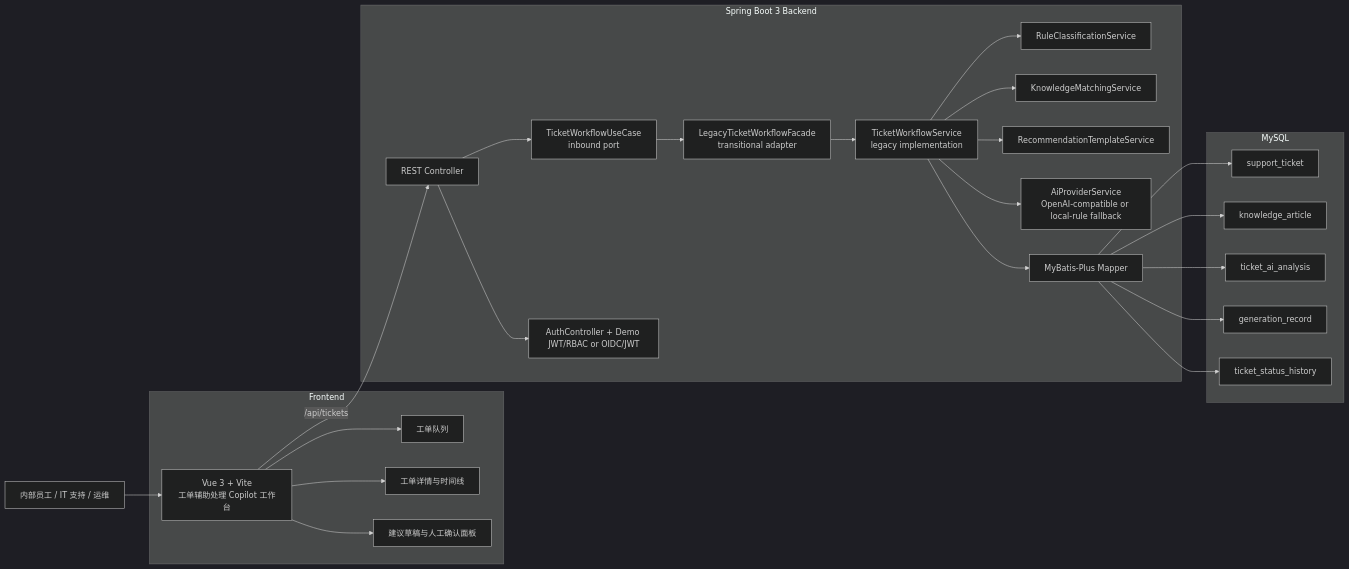
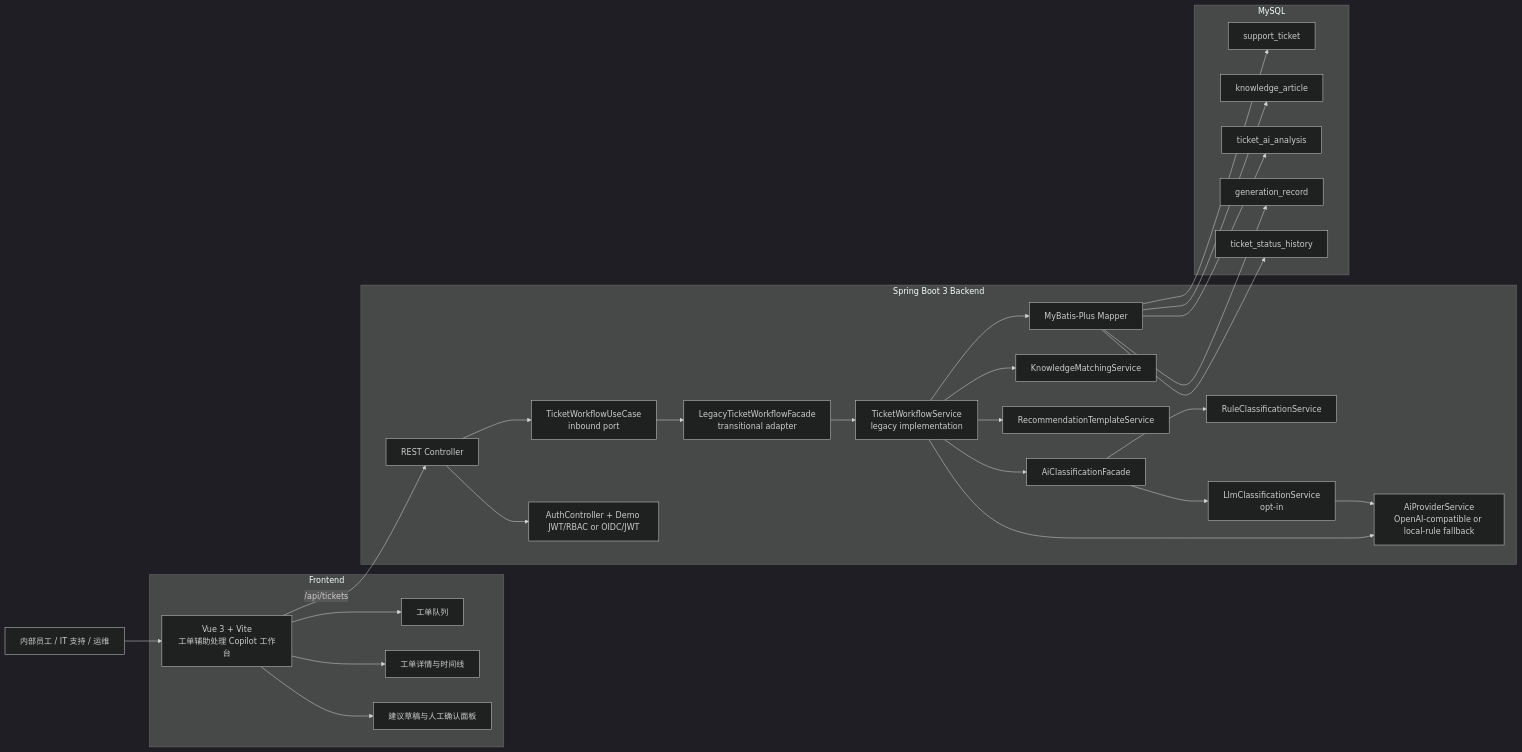
One commit to jameswilson87156-del/enterprise-ai-ticket-copilot changed the first of 4 diagrams in docs/architecture.md. Above: the diagram before and after it, drawn with Mermaid (dark theme). The commit also changed other lines of this file and 26 other files, not shown here.

Commit message:
feat: add opt-in LLM ticket classification (#20)

````diff
--- a/docs/architecture.md
+++ b/docs/architecture.md
@@ -9,37 +9,40 @@
 ```mermaid
 flowchart LR
   user["内部员工 / IT 支持 / 运维"] --> web["Vue 3 + Vite<br/>工单辅助处理 Copilot 工作台"]
 
   subgraph frontend["Frontend"]
     web --> queue["工单队列"]
     web --> detail["工单详情与时间线"]
     web --> ai_panel["建议草稿与人工确认面板"]
   end
 
   subgraph backend["Spring Boot 3 Backend"]
     api["REST Controller"] --> workflow["TicketWorkflowUseCase<br/>inbound port"]
     workflow --> legacy["LegacyTicketWorkflowFacade<br/>transitional adapter"]
     legacy --> service["TicketWorkflowService<br/>legacy implementation"]
     api --> auth["AuthController + Demo JWT/RBAC or OIDC/JWT"]
-    service --> classifier["RuleClassificationService"]
+    service --> classifier["AiClassificationFacade"]
+    classifier --> ruleClassifier["RuleClassificationService"]
+    classifier --> llmClassifier["LlmClassificationService<br/>opt-in"]
     service --> matcher["KnowledgeMatchingService"]
     service --> template["RecommendationTemplateService"]
     service --> provider["AiProviderService<br/>OpenAI-compatible or local-rule fallback"]
+    llmClassifier --> provider
     service --> mapper["MyBatis-Plus Mapper"]
   end
 
   subgraph mysql["MySQL"]
     support_ticket["support_ticket"]
     knowledge_article["knowledge_article"]
     ticket_ai_analysis["ticket_ai_analysis"]
     generation_record["generation_record"]
     ticket_status_history["ticket_status_history"]
   end
 
   web -->|/api/tickets| api
   mapper --> support_ticket
   mapper --> knowledge_article
   mapper --> ticket_ai_analysis
   mapper --> generation_record
   mapper --> ticket_status_history
 ```
````
